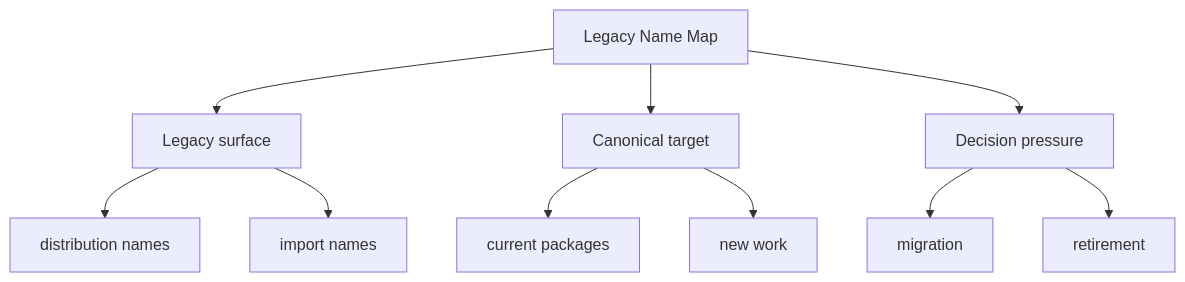
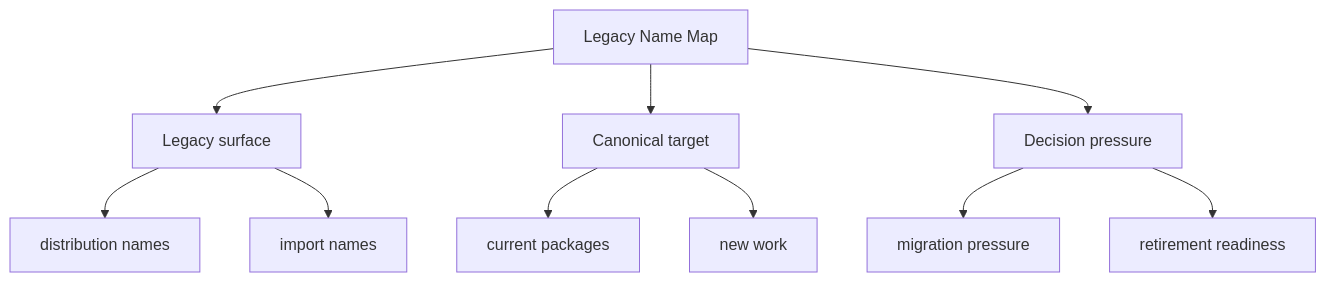
Before and after one commit to bijux/bijux-canon: the second of 2 diagrams in docs/compat-packages/legacy-name-map.md, drawn with Mermaid. The commit also changed other lines of this file and 20 other files, not shown here.

````diff
--- a/docs/compat-packages/legacy-name-map.md
+++ b/docs/compat-packages/legacy-name-map.md
@@ -34,22 +34,22 @@
 ```mermaid
 flowchart TD
     page["Legacy Name Map"]
     focus1["Legacy surface"]
     page --> focus1
     focus1_1["distribution names"]
     focus1 --> focus1_1
     focus1_2["import names"]
     focus1 --> focus1_2
     focus2["Canonical target"]
     page --> focus2
     focus2_1["current packages"]
     focus2 --> focus2_1
     focus2_2["new work"]
     focus2 --> focus2_2
     focus3["Decision pressure"]
     page --> focus3
-    focus3_1["migration"]
+    focus3_1["migration pressure"]
     focus3 --> focus3_1
-    focus3_2["retirement"]
+    focus3_2["retirement readiness"]
     focus3 --> focus3_2
 ```
````
